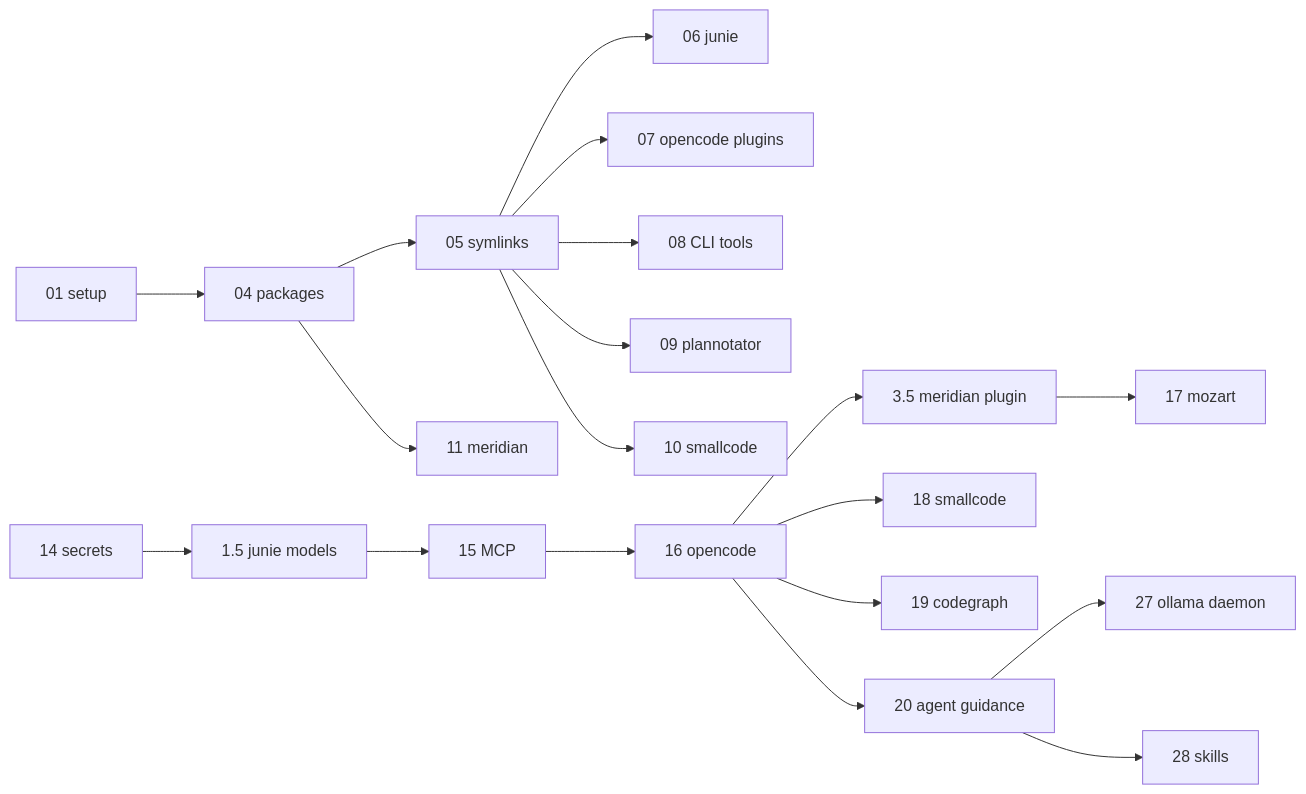
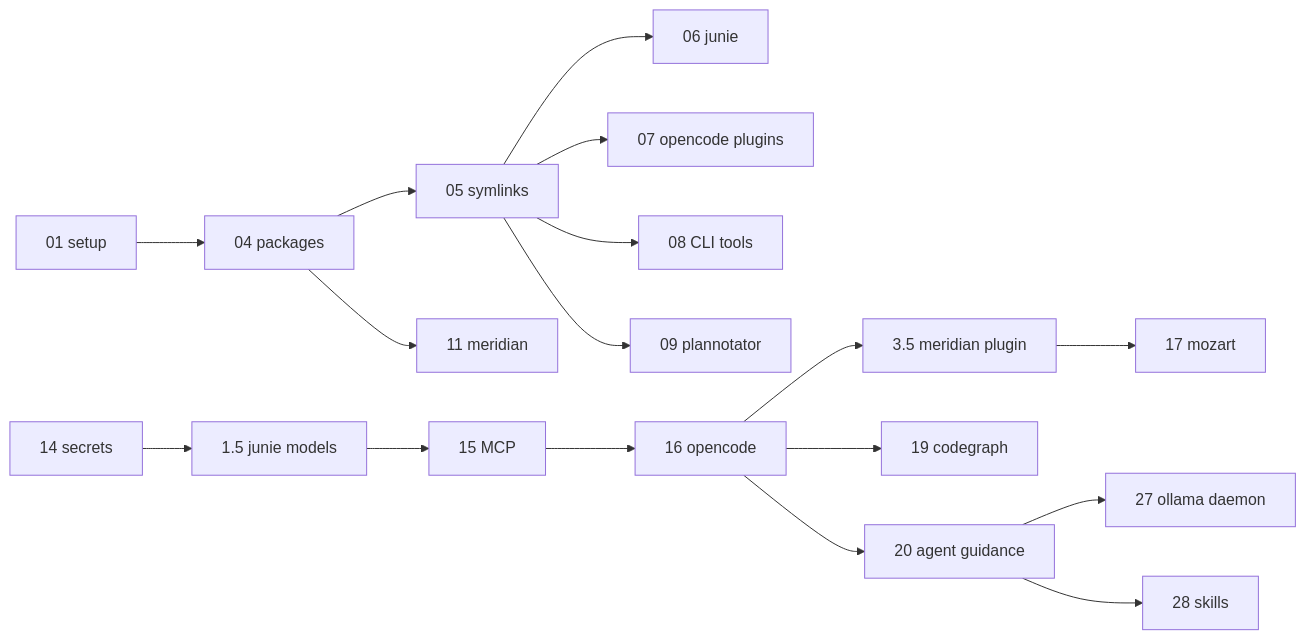
Before and after one commit to randytarampi/dotfiles: the third of 3 diagrams in docs/ORCHESTRATION.md, drawn with Mermaid. The commit also changed other lines of this file and 25 other files, not shown here.

````diff
--- a/docs/ORCHESTRATION.md
+++ b/docs/ORCHESTRATION.md
@@ -228,21 +221,19 @@
 ```mermaid
 graph LR
     S01[01 setup] --> S04[04 packages]
     S04 --> S05[05 symlinks]
     S05 --> S06[06 junie]
     S05 --> S07[07 opencode plugins]
     S05 --> S08[08 CLI tools]
     S05 --> S09[09 plannotator]
-    S05 --> S10[10 smallcode]
     S04 --> S11[11 meridian]
     S14[14 secrets] --> S1_5[1.5 junie models]
     S1_5 --> S15[15 MCP]
     S15 --> S16[16 opencode]
     S16 --> S3_5[3.5 meridian plugin]
     S3_5 --> S17[17 mozart]
-    S16 --> S18[18 smallcode]
     S16 --> S19[19 codegraph]
     S16 --> S20[20 agent guidance]
     S20 --> S27[27 ollama daemon]
     S20 --> S28[28 skills]
 ```
````
